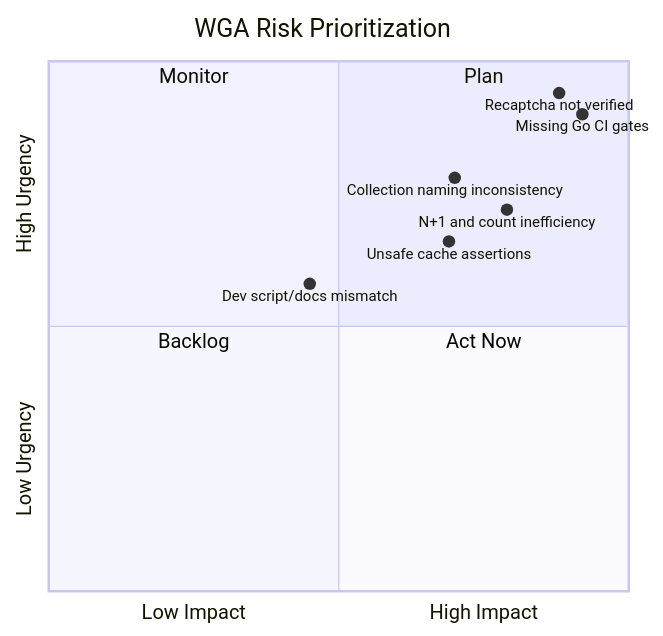
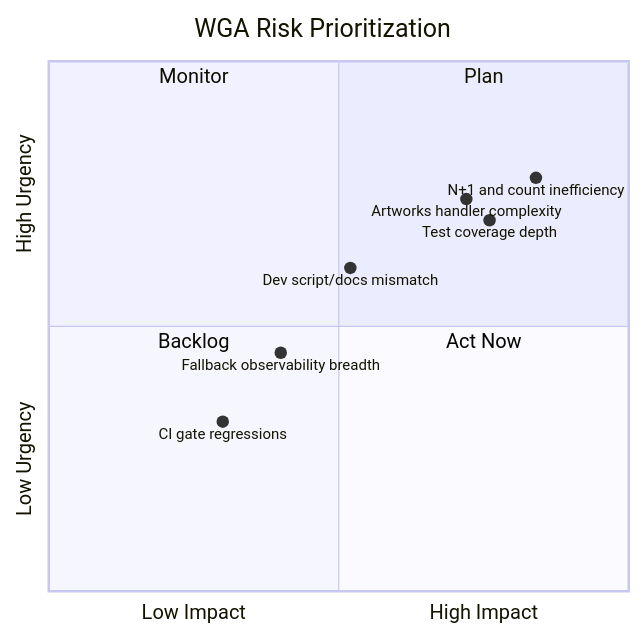
Before and after one commit to blackfyre/wga: the second of 3 diagrams in docs/executive-summary-2026-03.md, drawn with Mermaid. The commit also changed other lines of this file, not shown here.

Commit message:
feat: enhance form validation and caching mechanisms, extract repository boundaries, and improve fallback observability

````diff
--- a/docs/executive-summary-2026-03.md
+++ b/docs/executive-summary-2026-03.md
@@ -101,16 +125,16 @@
 ```mermaid
 quadrantChart
     title WGA Risk Prioritization
     x-axis Low Impact --> High Impact
     y-axis Low Urgency --> High Urgency
     quadrant-1 Plan
     quadrant-2 Monitor
     quadrant-3 Backlog
     quadrant-4 Act Now
-    "Missing Go CI gates": [0.92, 0.9]
-    "Recaptcha not verified": [0.88, 0.94]
-    "Collection naming inconsistency": [0.7, 0.78]
-    "N+1 and count inefficiency": [0.79, 0.72]
-    "Unsafe cache assertions": [0.69, 0.66]
-    "Dev script/docs mismatch": [0.45, 0.58]
+    "N+1 and count inefficiency": [0.84, 0.78]
+    "Artworks handler complexity": [0.72, 0.74]
+    "Test coverage depth": [0.76, 0.7]
+    "Dev script/docs mismatch": [0.52, 0.61]
+    "Fallback observability breadth": [0.4, 0.45]
+    "CI gate regressions": [0.3, 0.32]
 ```
````
